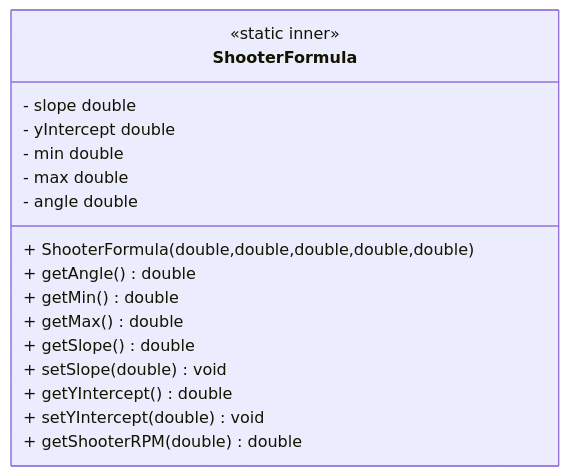
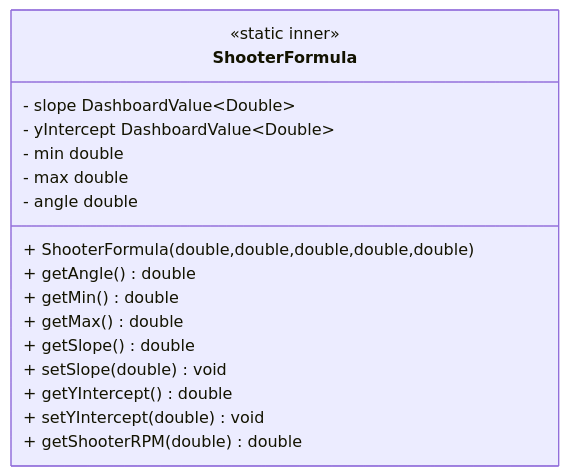
Before and after one commit to LakotaRobotics1038/2026RobotProject: the diagram in src/uml/frc/robot/constants/ShooterFormula.mmd, drawn with Mermaid. The commit also changed 14 other files, not shown here.

Commit message:
Update uml

```diff
--- a/src/uml/frc/robot/constants/ShooterFormula.mmd
+++ b/src/uml/frc/robot/constants/ShooterFormula.mmd
@@ -1,20 +1,20 @@
 classDiagram
   direction LR
 
   class ShooterFormula {
     <<static inner>>
-    - slope double
-    - yIntercept double
+    - slope DashboardValue~Double~
+    - yIntercept DashboardValue~Double~
     - min double
     - max double
     - angle double
     + ShooterFormula(double,double,double,double,double)
     + getAngle() double
     + getMin() double
     + getMax() double
     + getSlope() double
     + setSlope(double) void
     + getYIntercept() double
     + setYIntercept(double) void
     + getShooterRPM(double) double
   }
```
